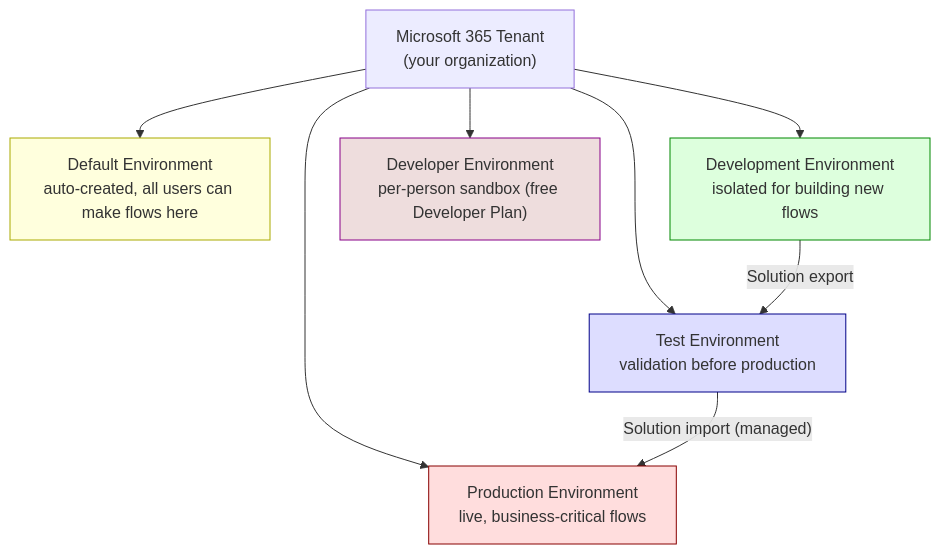
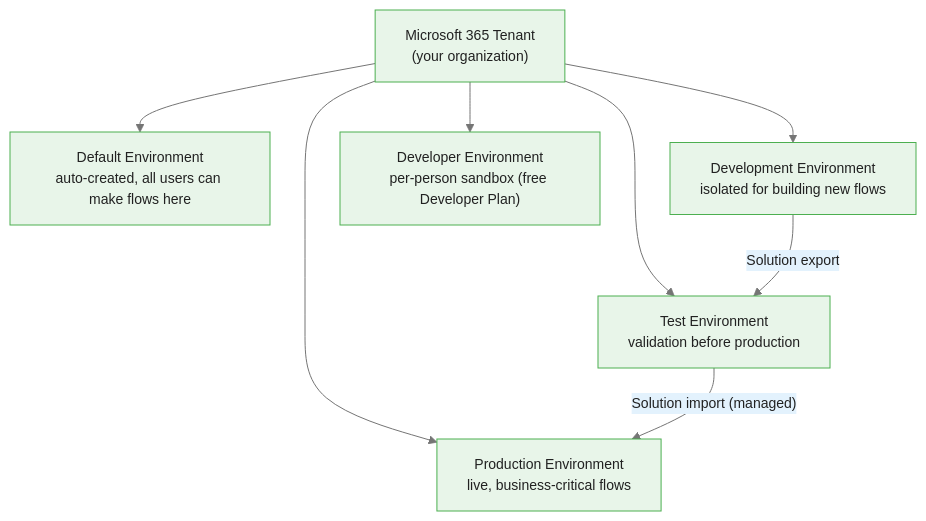
The third of 9 diagrams in courses/power-automate/modules/module_00_platform_orientation/guides/02_navigating_portal_slides.md (m-deane/course-creator), drawn with Mermaid before and after one commit. The commit also changed other lines of this file and 72 other files, not shown here.

````diff
--- a/courses/power-automate/modules/module_00_platform_orientation/guides/02_navigating_portal_slides.md
+++ b/courses/power-automate/modules/module_00_platform_orientation/guides/02_navigating_portal_slides.md
@@ -73,19 +84,15 @@
 ```mermaid
+%%{init: {"theme": "base", "themeVariables": {"primaryColor": "#e8f5e9", "primaryBorderColor": "#4caf50", "primaryTextColor": "#212121", "secondaryColor": "#e3f2fd", "tertiaryColor": "#fff8e1", "lineColor": "#757575", "fontFamily": "Inter, sans-serif", "fontSize": "14px"}}}%%
 graph TB
     TENANT["Microsoft 365 Tenant\n(your organization)"]
 
     TENANT --> DEFAULT["Default Environment\nauto-created, all users can make flows here"]
     TENANT --> DEV["Development Environment\nisolated for building new flows"]
     TENANT --> TEST["Test Environment\nvalidation before production"]
     TENANT --> PROD["Production Environment\nlive, business-critical flows"]
     TENANT --> DEVPER["Developer Environment\nper-person sandbox (free Developer Plan)"]
 
     DEV -->|"Solution export"| TEST
     TEST -->|"Solution import (managed)"| PROD
 
-    style DEFAULT fill:#ffd,stroke:#aa0
-    style DEV fill:#dfd,stroke:#080
-    style TEST fill:#ddf,stroke:#008
-    style PROD fill:#fdd,stroke:#800
-    style DEVPER fill:#edd,stroke:#808
 ```
````
